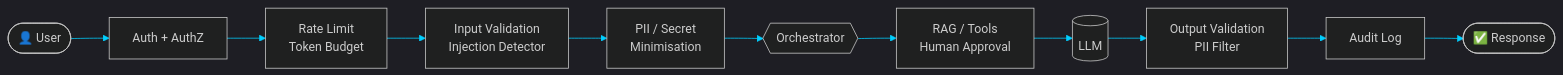
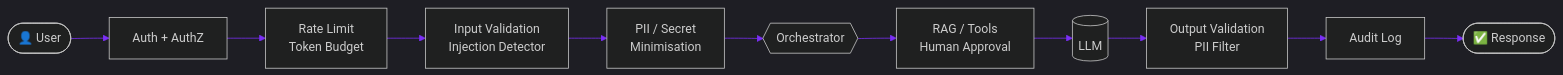
One commit to sourabhbagda24/sourabhbagda24 changed the second of 2 diagrams in README.md. Above: the diagram before and after it, drawn with Mermaid. The commit also changed other lines of this file, not shown here.

````diff
--- a/README.md
+++ b/README.md
@@ -274,14 +319,14 @@
 ```mermaid
-%%{init: {'theme':'dark','themeVariables':{'primaryColor':'#003366','primaryTextColor':'#ffffff','primaryBorderColor':'#00cfff','lineColor':'#00cfff','secondaryColor':'#020b18','tertiaryColor':'#020b18','fontFamily':'monospace'}}}%%
+%%{init: {'theme':'dark','themeVariables':{'primaryColor':'#1a0a3d','primaryTextColor':'#ffffff','primaryBorderColor':'#00cfff','lineColor':'#7b2ff7','secondaryColor':'#020b18','tertiaryColor':'#020b18','fontFamily':'monospace'}}}%%
 flowchart LR
     U([👤 User]) --> A[Auth + AuthZ]
     A --> R[Rate Limit<br/>Token Budget]
     R --> I[Input Validation<br/>Injection Detector]
     I --> P[PII / Secret<br/>Minimisation]
     P --> O{{Orchestrator}}
     O --> T[RAG / Tools<br/>Human Approval]
     T --> L[(LLM)]
     L --> V[Output Validation<br/>PII Filter]
     V --> G[Audit Log]
     G --> X([✅ Response])
 ```
````
